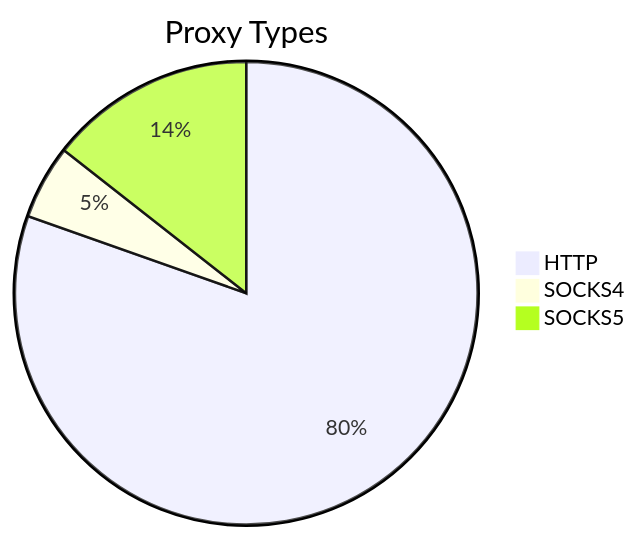
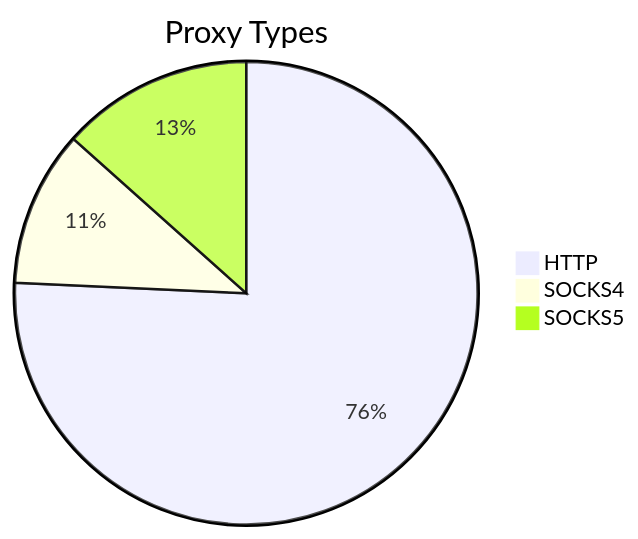
Before and after one commit to stormsia/proxy-list: the first of 2 diagrams in README.md, drawn with Mermaid. The commit also changed other lines of this file, not shown here.

````diff
--- a/README.md
+++ b/README.md
@@ -21,6 +21,6 @@
 ```mermaid
 pie title Proxy Types
-    "HTTP" : 558
-    "SOCKS4" : 36
-    "SOCKS5" : 100
+    "HTTP" : 842
+    "SOCKS4" : 121
+    "SOCKS5" : 149
 ```
````
